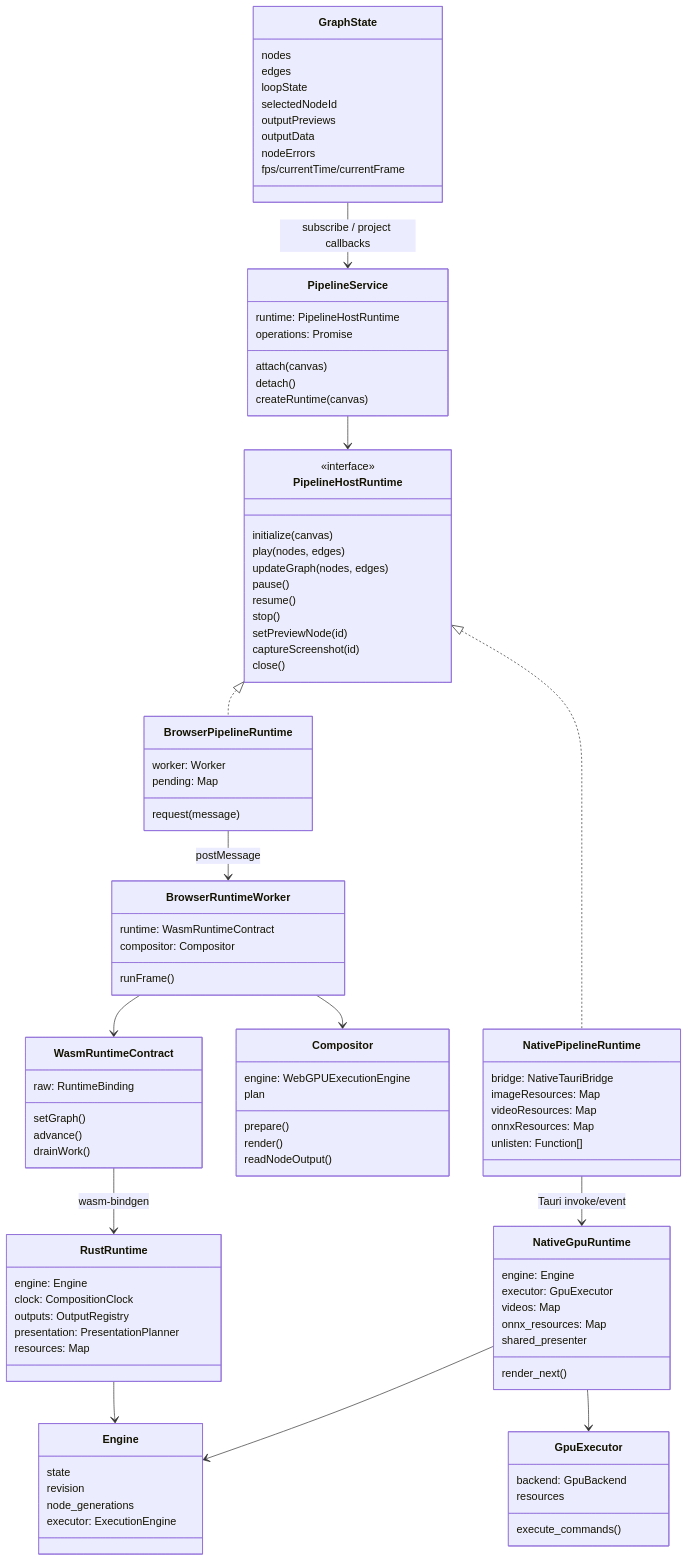
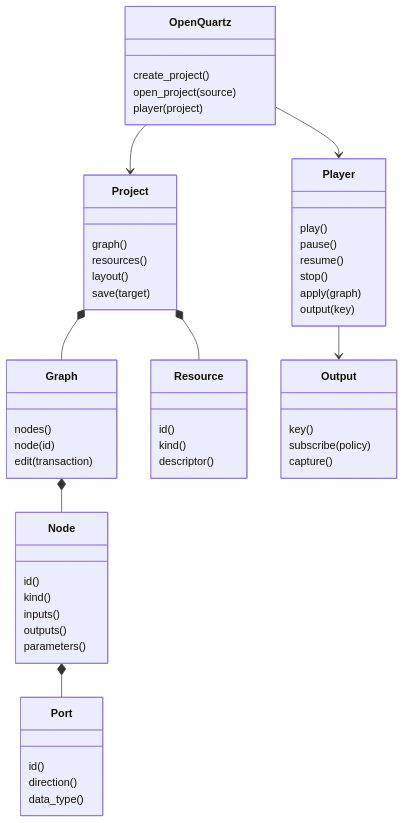
One commit to sanitor/open_quartz changed the fifth of 12 diagrams in docs/DESIGN.md. Above: the diagram before and after it, drawn with Mermaid. The commit also changed other lines of this file, not shown here.

Commit message:
docs: update architecture baseline and thin TypeScript roadmap

````diff
--- a/docs/DESIGN.md
+++ b/docs/DESIGN.md
@@ -342,112 +467,64 @@
 ```mermaid
 classDiagram
-    class GraphState {
-        nodes
-        edges
-        loopState
-        selectedNodeId
-        outputPreviews
-        outputData
-        nodeErrors
-        fps/currentTime/currentFrame
+    class OpenQuartz {
+        create_project()
+        open_project(source)
+        player(project)
     }
 
-    class PipelineService {
-        runtime: PipelineHostRuntime
-        operations: Promise
-        attach(canvas)
-        detach()
-        createRuntime(canvas)
+    class Project {
+        graph()
+        resources()
+        layout()
+        save(target)
     }
 
-    class PipelineHostRuntime {
-        <<interface>>
-        initialize(canvas)
-        play(nodes, edges)
-        updateGraph(nodes, edges)
+    class Graph {
+        nodes()
+        node(id)
+        edit(transaction)
+    }
+
+    class Node {
+        id()
+        kind()
+        inputs()
+        outputs()
+        parameters()
+    }
+
+    class Port {
+        id()
+        direction()
+        data_type()
+    }
+
+    class Player {
+        play()
         pause()
         resume()
         stop()
-        setPreviewNode(id)
-        captureScreenshot(id)
-        close()
+        apply(graph)
+        output(key)
     }
 
-    class BrowserPipelineRuntime {
-        worker: Worker
-        pending: Map
-        request(message)
+    class Resource {
+        id()
+        kind()
+        descriptor()
     }
 
-    class NativePipelineRuntime {
-        bridge: NativeTauriBridge
-        imageResources: Map
-        videoResources: Map
-        onnxResources: Map
-        unlisten: Function[]
+    class Output {
+        key()
+        subscribe(policy)
+        capture()
     }
 
-    class BrowserRuntimeWorker {
-        runtime: WasmRuntimeContract
-        compositor: Compositor
-        runFrame()
-    }
-
-    class WasmRuntimeContract {
-        raw: RuntimeBinding
-        setGraph()
-        advance()
-        drainWork()
-    }
-
-    class RustRuntime {
-        engine: Engine
-        clock: CompositionClock
-        outputs: OutputRegistry
-        presentation: PresentationPlanner
-        resources: Map
-    }
-
-    class Compositor {
-        engine: WebGPUExecutionEngine
-        plan
-        prepare()
-        render()
-        readNodeOutput()
-    }
-
-    class NativeGpuRuntime {
-        engine: Engine
-        executor: GpuExecutor
-        videos: Map
-        onnx_resources: Map
-        shared_presenter
-        render_next()
-    }
-
-    class Engine {
-        state
-        revision
-        node_generations
-        executor: ExecutionEngine
-    }
-
-    class GpuExecutor {
-        backend: GpuBackend
-        resources
-        execute_commands()
-    }
-
-    GraphState --> PipelineService : subscribe / project callbacks
-    PipelineService --> PipelineHostRuntime
-    PipelineHostRuntime <|.. BrowserPipelineRuntime
-    PipelineHostRuntime <|.. NativePipelineRuntime
-    BrowserPipelineRuntime --> BrowserRuntimeWorker : postMessage
-    BrowserRuntimeWorker --> WasmRuntimeContract
-    WasmRuntimeContract --> RustRuntime : wasm-bindgen
-    RustRuntime --> Engine
-    BrowserRuntimeWorker --> Compositor
-    NativePipelineRuntime --> NativeGpuRuntime : Tauri invoke/event
-    NativeGpuRuntime --> Engine
-    NativeGpuRuntime --> GpuExecutor
+    OpenQuartz --> Project
+    OpenQuartz --> Player
+    Project *-- Graph
+    Project *-- Resource
+    Graph *-- Node
+    Node *-- Port
+    Player --> Output
 ```
````
